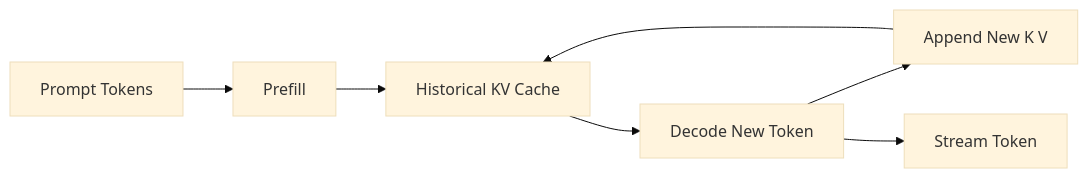
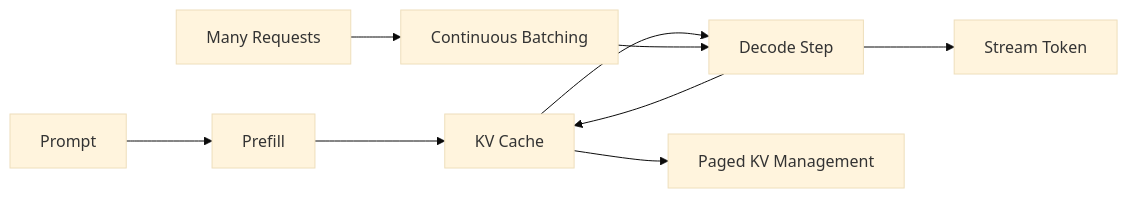
The fourth of 7 diagrams in llm-foundation/review/README.md (studyzhige-ui/ai-application-interview-handbook), drawn with Mermaid (base theme) before and after one commit. The commit also changed other lines of this file, not shown here.

````diff
--- a/llm-foundation/review/README.md
+++ b/llm-foundation/review/README.md
@@ -85,9 +77,11 @@
 ```mermaid
 flowchart LR
-    A["Prompt Tokens"] --> B["Prefill"]
-    B --> C["Historical KV Cache"]
-    C --> D["Decode New Token"]
-    D --> E["Append New K V"]
-    E --> C
-    D --> F["Stream Token"]
+    A["Prompt"] --> B["Prefill"]
+    B --> C["KV Cache"]
+    C --> D["Decode Step"]
+    D --> E["Stream Token"]
+    D --> C
+    F["Many Requests"] --> G["Continuous Batching"]
+    G --> D
+    C --> H["Paged KV Management"]
 ```
````
